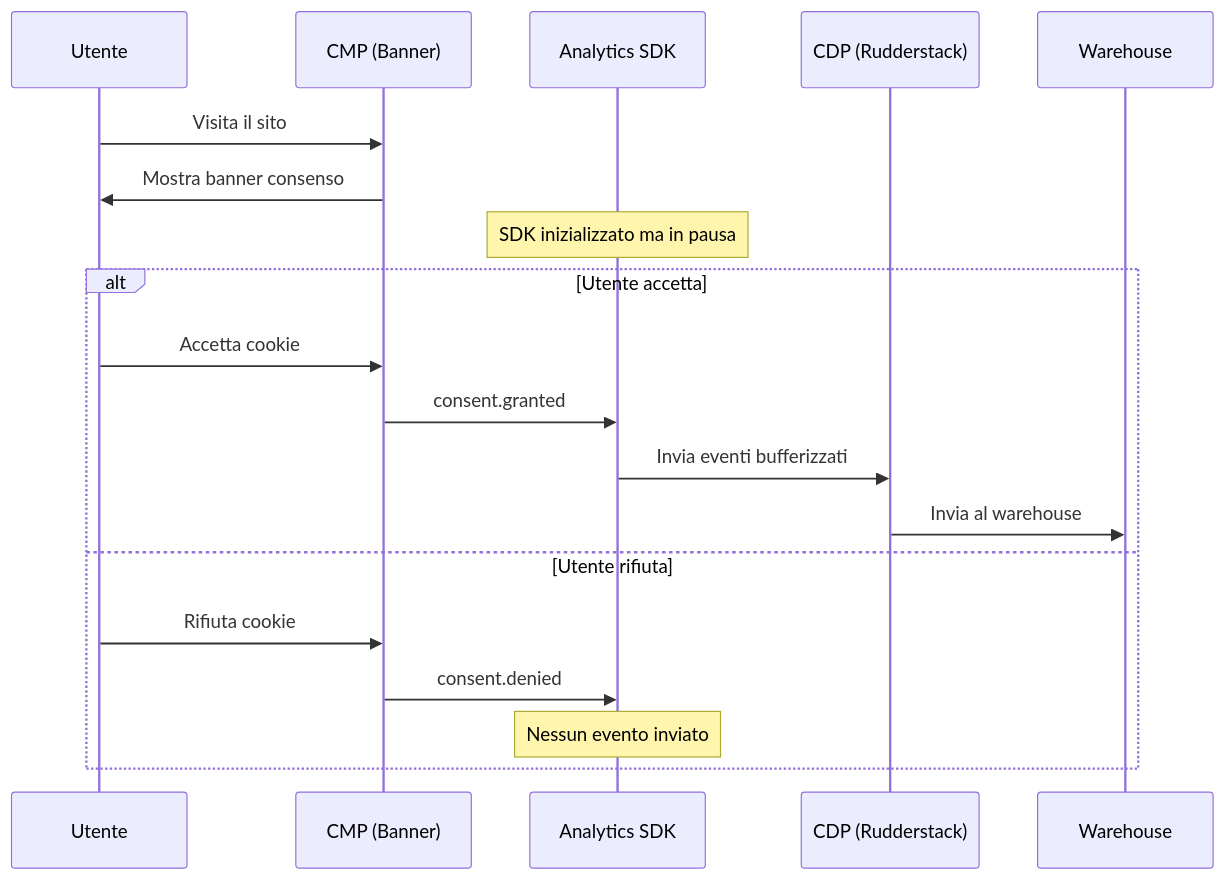
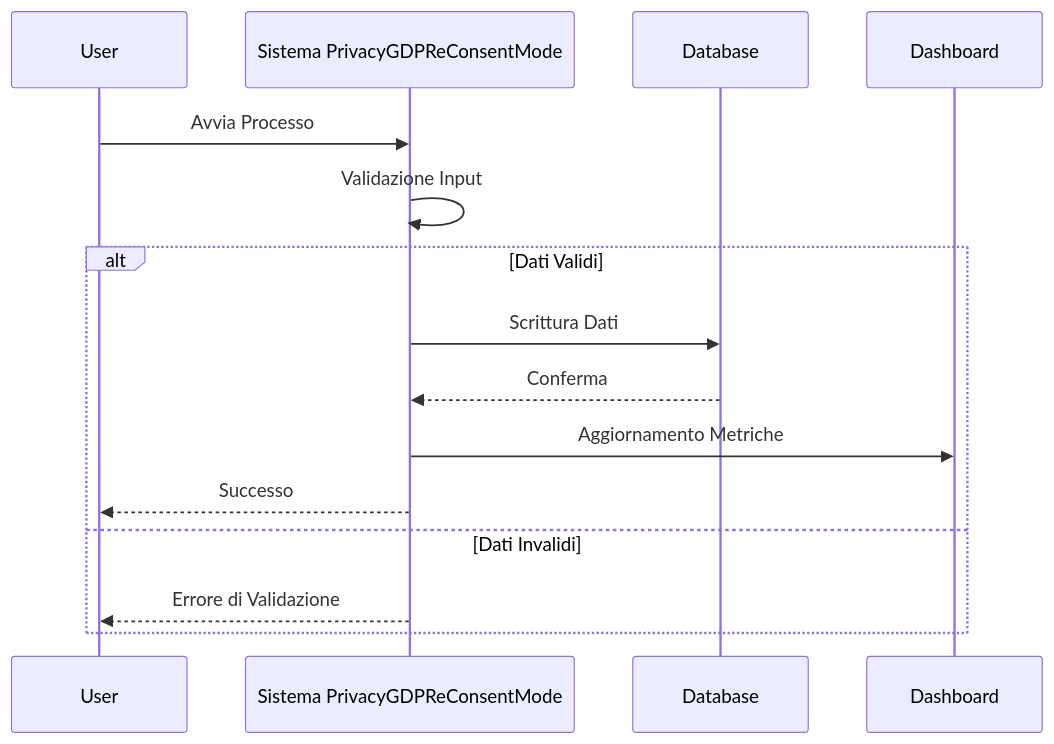
The second of 2 diagrams in src/content/corso/data-collection/privacy.mdx (AndreyBertasini/gynnitech), drawn with Mermaid before and after one commit. The commit also changed other lines of this file and 169 other files, not shown here.

````diff
--- a/src/content/corso/data-collection/privacy.mdx
+++ b/src/content/corso/data-collection/privacy.mdx
@@ -151,23 +91,18 @@
 ```mermaid
 sequenceDiagram
-    participant User as Utente
-    participant CMP as CMP (Banner)
-    participant SDK as Analytics SDK
-    participant CDP as CDP (Rudderstack)
-    participant WH as Warehouse
+    participant User
+    participant System as Sistema PrivacyGDPReConsentMode
+    participant DB as Database
+    participant BI as Dashboard
 
-    User->>CMP: Visita il sito
-    CMP->>User: Mostra banner consenso
-    Note over SDK: SDK inizializzato ma in pausa
-
-    alt Utente accetta
-        User->>CMP: Accetta cookie
-        CMP->>SDK: consent.granted
-        SDK->>CDP: Invia eventi bufferizzati
-        CDP->>WH: Invia al warehouse
-    else Utente rifiuta
-        User->>CMP: Rifiuta cookie
-        CMP->>SDK: consent.denied
-        Note over SDK: Nessun evento inviato
+    User->>System: Avvia Processo
+    System->>System: Validazione Input
+    alt Dati Validi
+        System->>DB: Scrittura Dati
+        DB-->>System: Conferma
+        System->>BI: Aggiornamento Metriche
+        System-->>User: Successo
+    else Dati Invalidi
+        System-->>User: Errore di Validazione
     end
 ```
````
